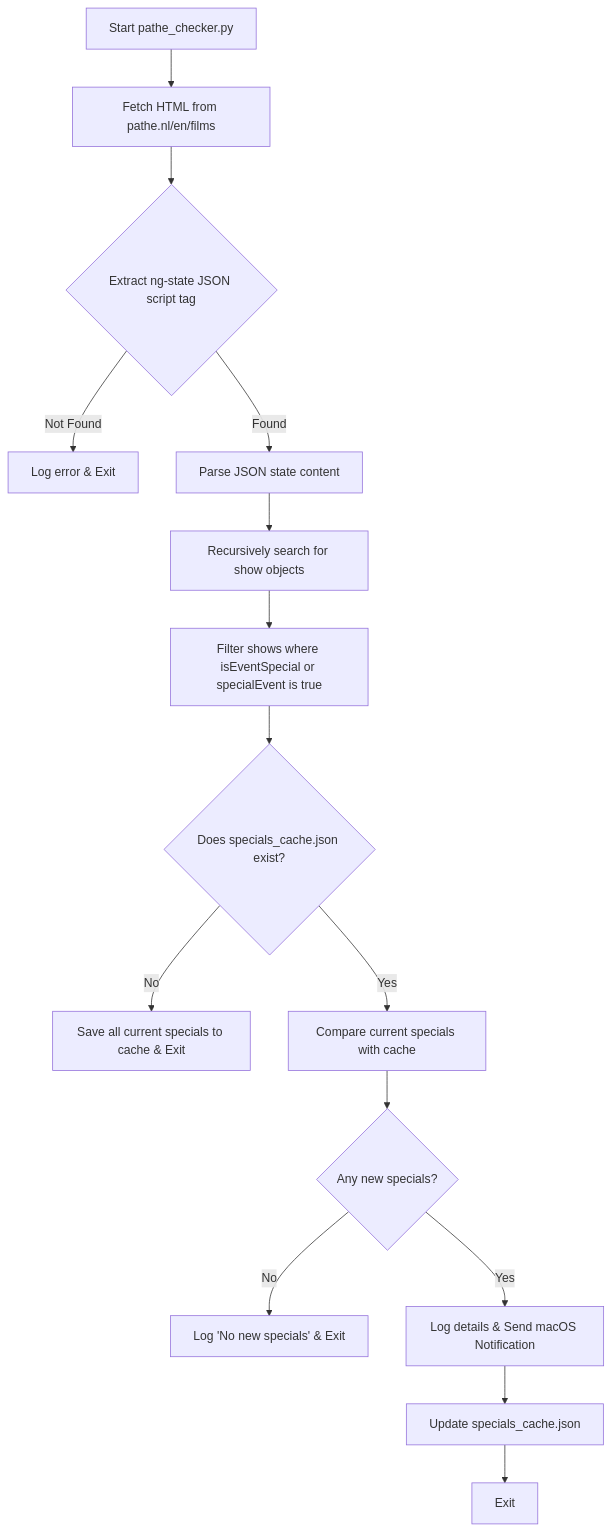
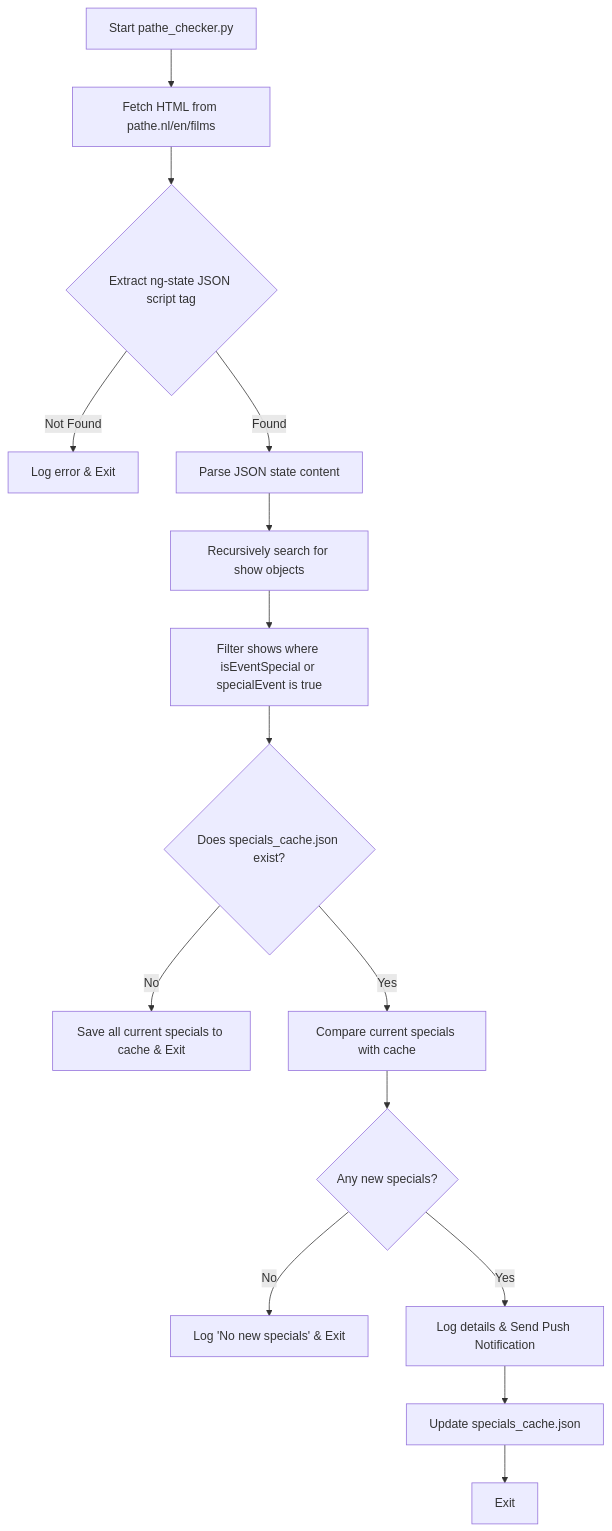
The diagram in README.md (cyberelfo/pathe), drawn with Mermaid before and after one commit. The commit also changed other lines of this file and 2 other files, not shown here.

Commit message:
Remove all macOS desktop notification support and subprocess imports

````diff
--- a/README.md
+++ b/README.md
@@ -52,17 +51,17 @@
 ```mermaid
 graph TD
     A[Start pathe_checker.py] --> B[Fetch HTML from pathe.nl/en/films]
     B --> C{Extract ng-state JSON script tag}
     C -->|Not Found| D[Log error & Exit]
     C -->|Found| E[Parse JSON state content]
     E --> F[Recursively search for show objects]
     F --> G[Filter shows where isEventSpecial or specialEvent is true]
     G --> H{Does specials_cache.json exist?}
     H -->|No| I[Save all current specials to cache & Exit]
     H -->|Yes| J[Compare current specials with cache]
     J --> K{Any new specials?}
     K -->|No| L[Log 'No new specials' & Exit]
-    K -->|Yes| M[Log details & Send macOS Notification]
+    K -->|Yes| M[Log details & Send Push Notification]
     M --> N[Update specials_cache.json]
     N --> O[Exit]
 ```
````
